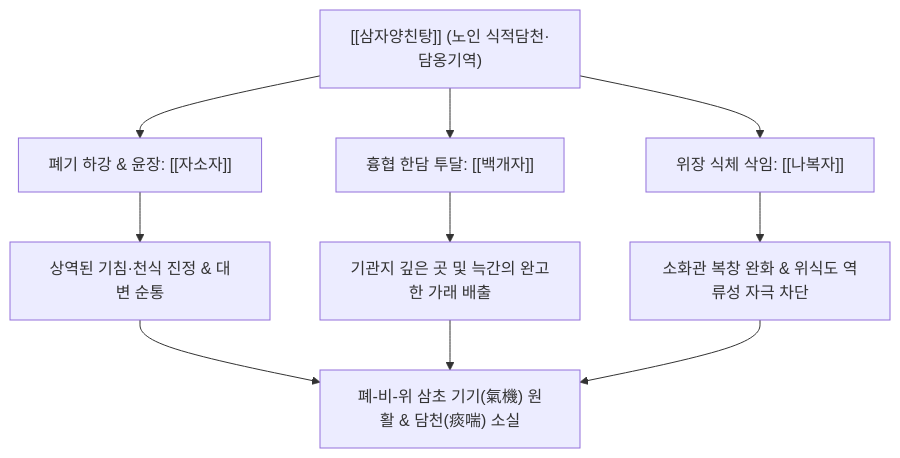
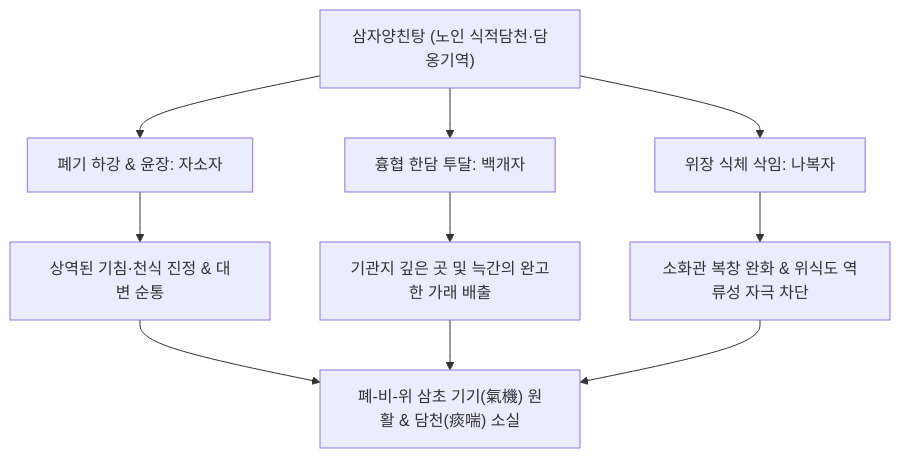
One commit to simbio11/simbio-digital-garden2 changed the diagram in content/2. 약리 공부/처방/03_화담·거습·이수제/삼자양친탕.md. Above: the diagram before and after it, drawn with Mermaid. The commit also changed other lines of this file and 323 other files, not shown here.

````diff
--- a/content/2. 약리 공부/처방/03_화담·거습·이수제/삼자양친탕.md
+++ b/content/2. 약리 공부/처방/03_화담·거습·이수제/삼자양친탕.md
@@ -44,12 +46,12 @@
 ```mermaid
 graph TD
-    A["[[삼자양친탕]] (노인 식적담천·담옹기역)"] --> B["폐기 하강 & 윤장: [[자소자]]"]
-    A --> C["흉협 한담 투달: [[백개자]]"]
-    A --> D["위장 식체 삭임: [[나복자]]"]
+    A["삼자양친탕 (노인 식적담천·담옹기역)"] --> B["폐기 하강 & 윤장: 자소자"]
+    A --> C["흉협 한담 투달: 백개자"]
+    A --> D["위장 식체 삭임: 나복자"]
 
     B --> E["상역된 기침·천식 진정 & 대변 순통"]
     C --> F["기관지 깊은 곳 및 늑간의 완고한 가래 배출"]
     D --> G["소화관 복창 완화 & 위식도 역류성 자극 차단"]
 
     E & F & G --> H["폐-비-위 삼초 기기(氣機) 원활 & 담천(痰喘) 소실"]
 ```
````
